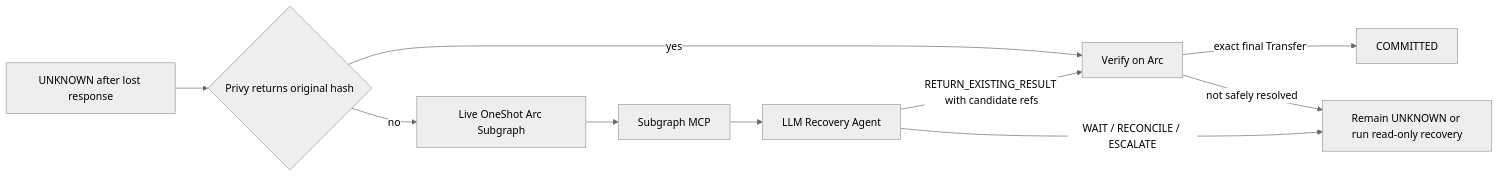
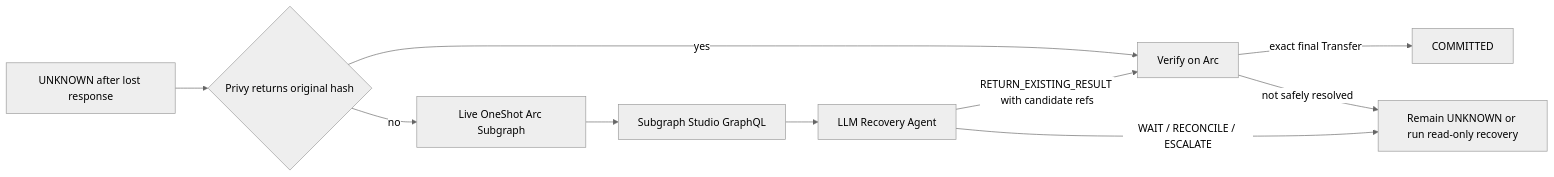
Before and after one commit to SWOFART/OneShot: the first of 5 diagrams in plan.md, drawn with Mermaid (neutral theme). The commit also changed other lines of this file and 59 other files, not shown here.

Commit message:
feat: implement Graph Studio agent recovery

````diff
--- a/plan.md
+++ b/plan.md
@@ -141,12 +144,12 @@
 ```mermaid
 flowchart LR
     Unknown[UNKNOWN after lost response] --> Provider{Privy returns original hash}
     Provider -->|yes| Verify[Verify on Arc]
     Provider -->|no| Subgraph[Live OneShot Arc Subgraph]
-    Subgraph --> MCP[Subgraph MCP]
-    MCP --> RecoveryAgent[LLM Recovery Agent]
+    Subgraph --> Studio[Subgraph Studio GraphQL]
+    Studio --> RecoveryAgent[LLM Recovery Agent]
     RecoveryAgent -->|RETURN_EXISTING_RESULT with candidate refs| Verify
     RecoveryAgent -->|WAIT / RECONCILE / ESCALATE| Hold[Remain UNKNOWN or run read-only recovery]
     Verify -->|exact final Transfer| Commit[COMMITTED]
     Verify -->|not safely resolved| Hold
 ```
````
